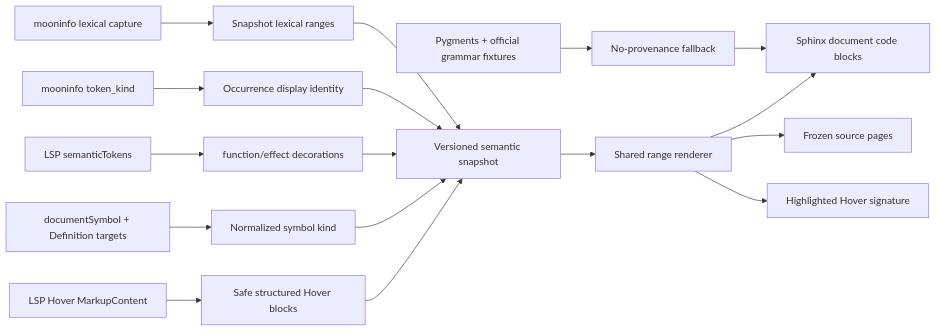
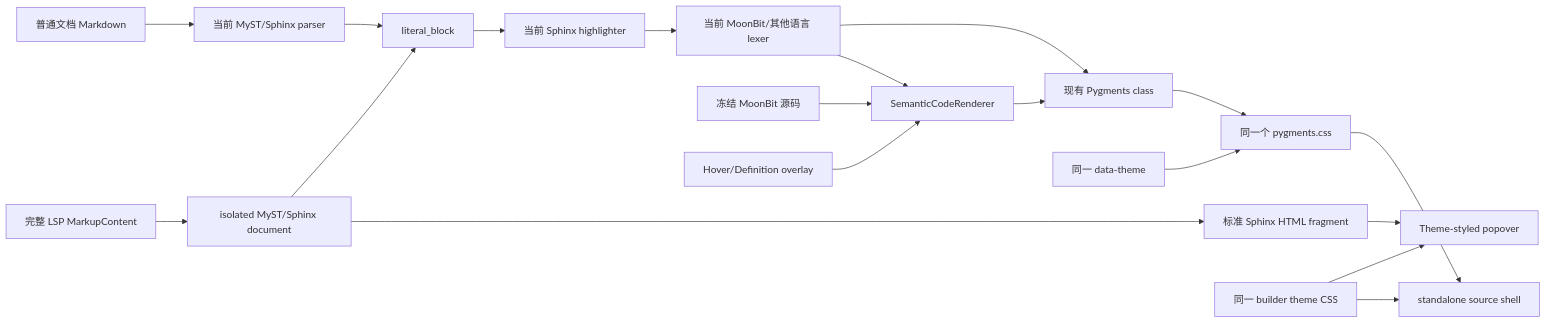
One commit to moonbitlang/moonbit-docs changed the second of 2 diagrams in plans/semantic-code-documentation.md. Above: the diagram before and after it, drawn with Mermaid. The commit also changed other lines of this file, not shown here.

Commit message:
docs: reuse existing highlighting in semantic plan

````diff
--- a/plans/semantic-code-documentation.md
+++ b/plans/semantic-code-documentation.md
@@ -1238,19 +1339,24 @@
-```mermaid
+~~~mermaid
 flowchart LR
-  A["mooninfo lexical capture"] --> L["Snapshot lexical ranges"]
-  AF["Pygments + official grammar fixtures"] --> LF["No-provenance fallback"]
-  B["mooninfo token_kind"] --> O["Occurrence display identity"]
-  C["LSP semanticTokens"] --> E["function/effect decorations"]
-  D["documentSymbol + Definition targets"] --> K["Normalized symbol kind"]
-  H["LSP Hover MarkupContent"] --> P["Safe structured Hover blocks"]
-  L --> S["Versioned semantic snapshot"]
-  O --> S
-  E --> S
-  K --> S
-  P --> S
-  S --> R["Shared range renderer"]
-  R --> DOC["Sphinx document code blocks"]
-  R --> SRC["Frozen source pages"]
-  R --> POP["Highlighted Hover signature"]
-  LF --> DOC
-```
+  M["普通文档 Markdown"] --> MP["当前 MyST/Sphinx parser"]
+  MP --> LB["literal_block"]
+  LB --> SH["当前 Sphinx highlighter"]
+  SH --> ML["当前 MoonBit/其他语言 lexer"]
+  ML --> PC["现有 Pygments class"]
+  PC --> PY["同一个 pygments.css"]
+
+  FS["冻结 MoonBit 源码"] --> SR["SemanticCodeRenderer"]
+  ML --> SR
+  SR --> PC
+  SO["Hover/Definition overlay"] --> SR
+
+  HP["完整 LSP MarkupContent"] --> HI["isolated MyST/Sphinx document"]
+  HI --> LB
+  HI --> HF["标准 Sphinx HTML fragment"]
+  HF --> PO["Theme-styled popover"]
+
+  TH["同一 data-theme"] --> PY
+  TC["同一 builder theme CSS"] --> PO
+  TC --> SP["standalone source shell"]
+  PY --> SP
+~~~
````
